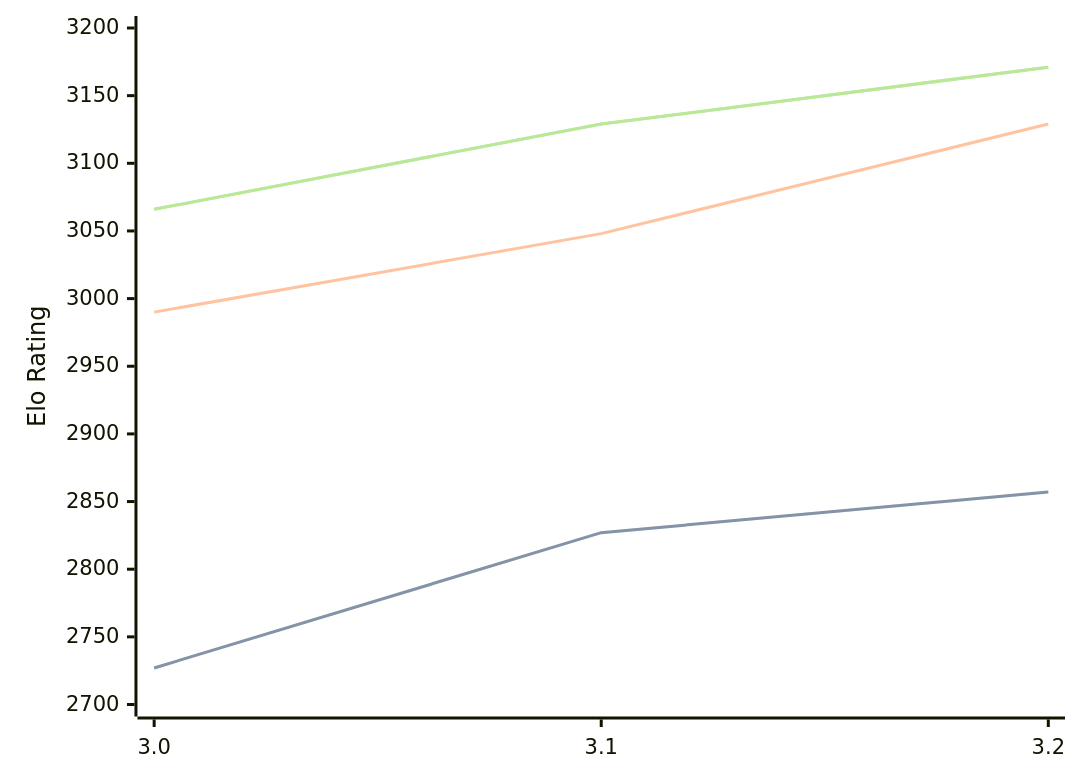
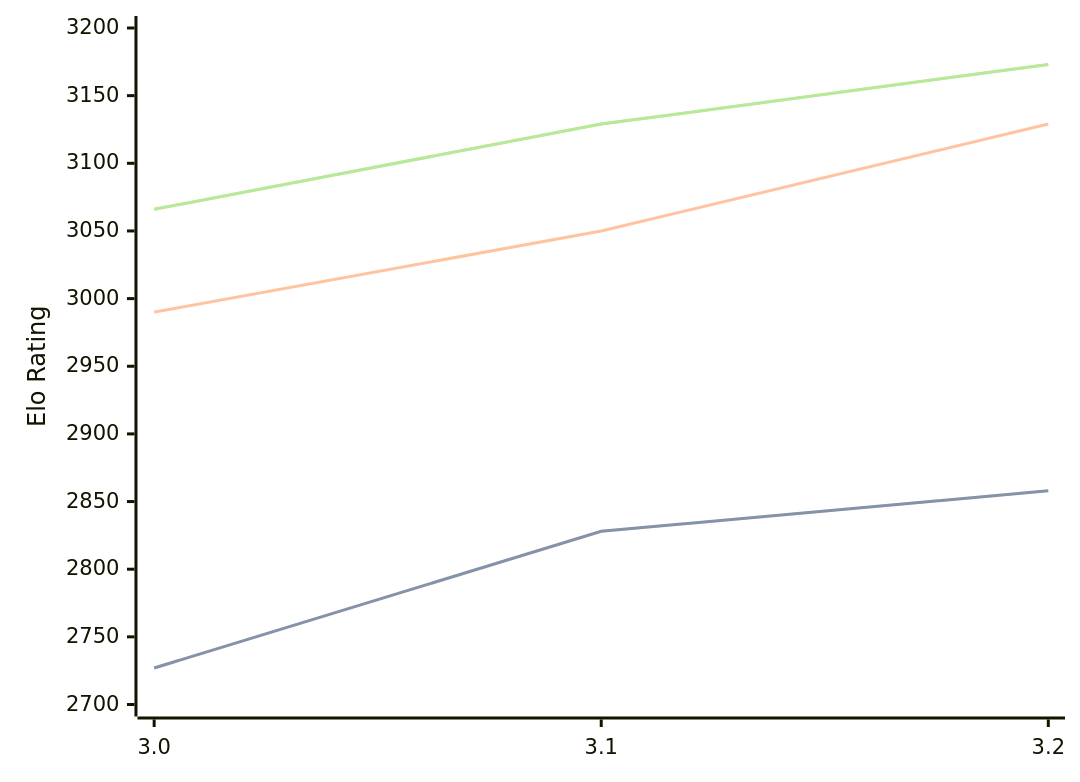
The diagram in engines/Vajolet2.md (computer-chess-index/cci), drawn with Mermaid before and after one commit. The commit also changed other lines of this file, not shown here.

Commit message:
Update CCI Ratings (ELO VLTC) - 2026-08-27

````diff
--- a/engines/Vajolet2.md
+++ b/engines/Vajolet2.md
@@ -33,11 +33,11 @@
 ```mermaid
 %%{init: {"theme":"base","themeVariables":{"seriesColors:['#a3a3a3','#222221','#faa371']}}}%%
 xychart-beta
   x-axis ["3.0", "3.1", "3.2"]
   y-axis "Elo Rating" 2700 --> 3200
-  line "STC (8.0+0.08s)" [2727, 2827, 2857]
-  line "STC (8.0+0.08s)" [2727, 2827, 2857]
-  line "LTC (60.0+0.60s)" [2990, 3048, 3129]
-  line "VLTC (2m24s+1.12s)" [3066, 3129, 3171]
-  line "VLTC (2m24s+1.12s)" [3066, 3129, 3171]
+  line "STC (8.0+0.08s)" [2727, 2828, 2858]
+  line "STC (8.0+0.08s)" [2727, 2828, 2858]
+  line "LTC (60.0+0.60s)" [2990, 3050, 3129]
+  line "VLTC (2m24s+1.12s)" [3066, 3129, 3173]
+  line "VLTC (2m24s+1.12s)" [3066, 3129, 3173]
 ```
````
